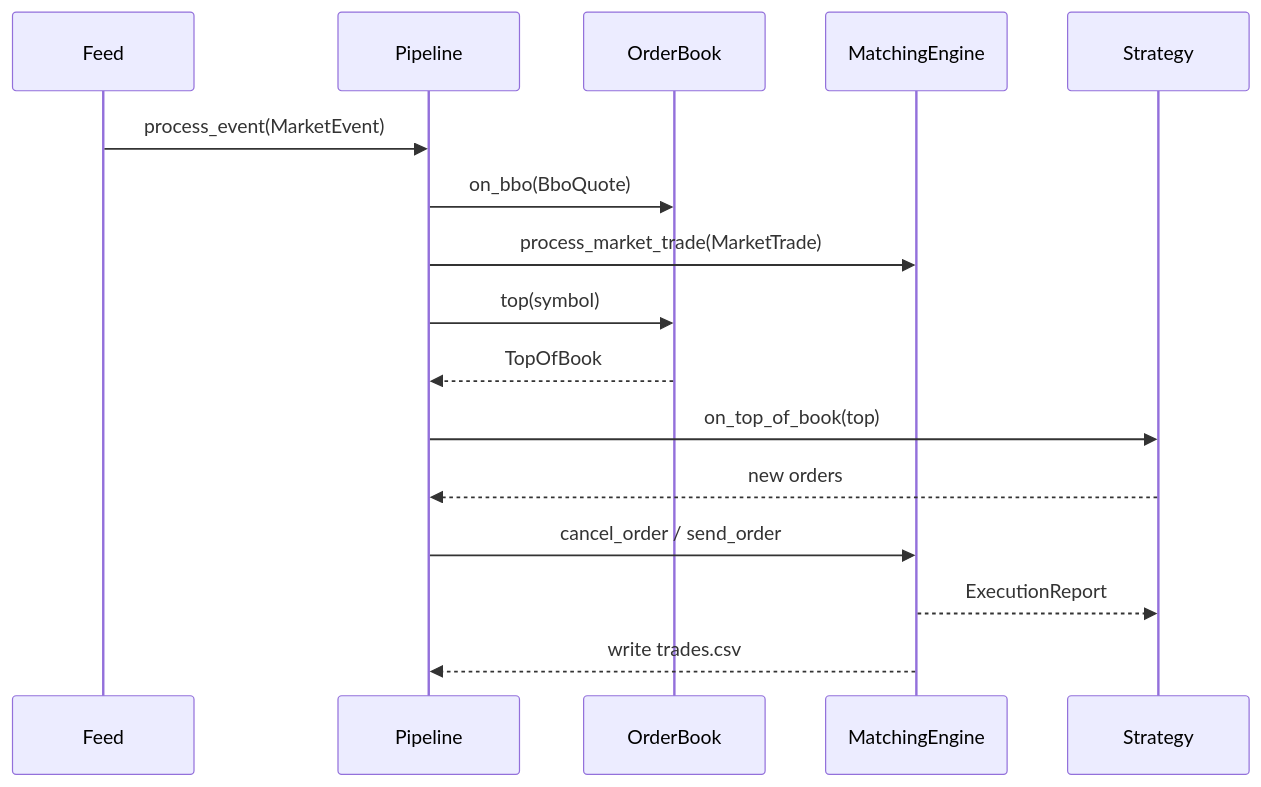
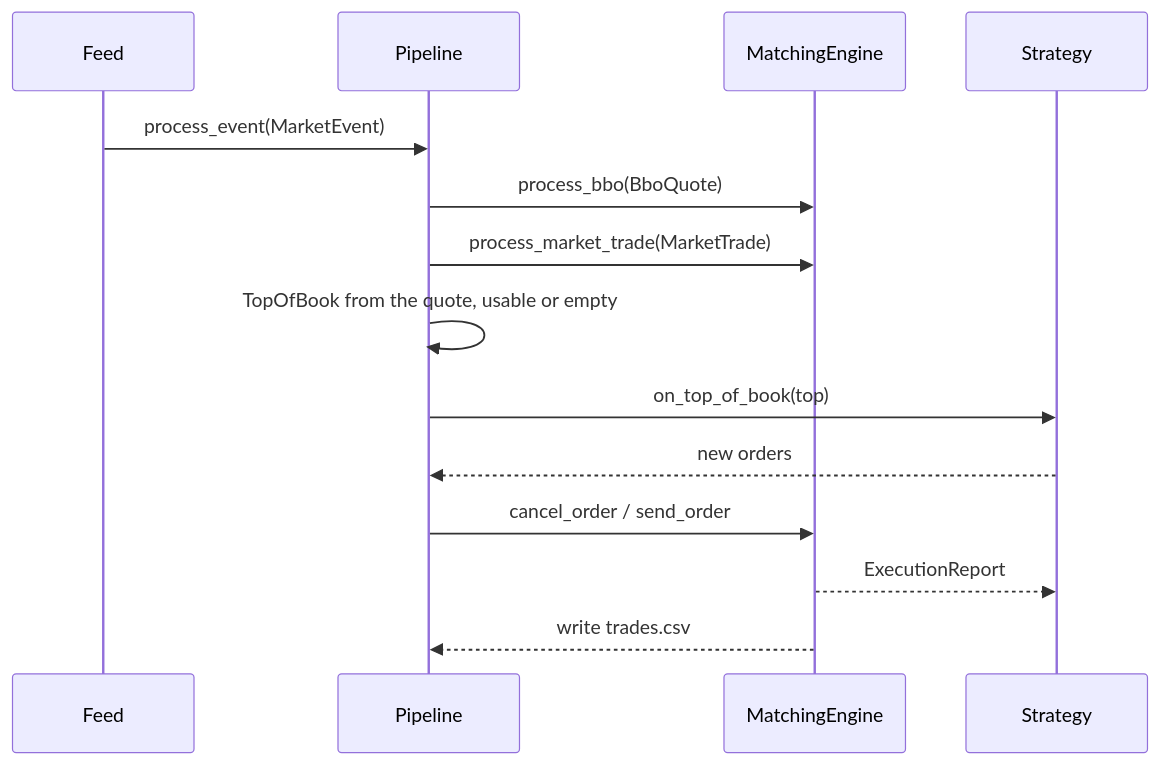
One commit to 12mango/ToyQuant-v1 changed the third of 7 diagrams in docs/ARCHITECTURE.md. Above: the diagram before and after it, drawn with Mermaid. The commit also changed other lines of this file and 1 other file, not shown here.

First paragraph of the commit message:
docs: The replay diagram loses the book it no longer has, and the legacy row names its instance
Two claims about the code that the code had already moved away from.

````diff
--- a/docs/ARCHITECTURE.md
+++ b/docs/ARCHITECTURE.md
@@ -404,18 +409,16 @@
 ```mermaid
 sequenceDiagram
     participant F as Feed
     participant P as Pipeline
-    participant B as OrderBook
     participant M as MatchingEngine
     participant S as Strategy
     F->>P: process_event(MarketEvent)
-    P->>B: on_bbo(BboQuote)
+    P->>M: process_bbo(BboQuote)
     P->>M: process_market_trade(MarketTrade)
-    P->>B: top(symbol)
-    B-->>P: TopOfBook
+    P->>P: TopOfBook from the quote, usable or empty
     P->>S: on_top_of_book(top)
     S-->>P: new orders
     P->>M: cancel_order / send_order
     M-->>S: ExecutionReport
     M-->>P: write trades.csv
 ```
````
